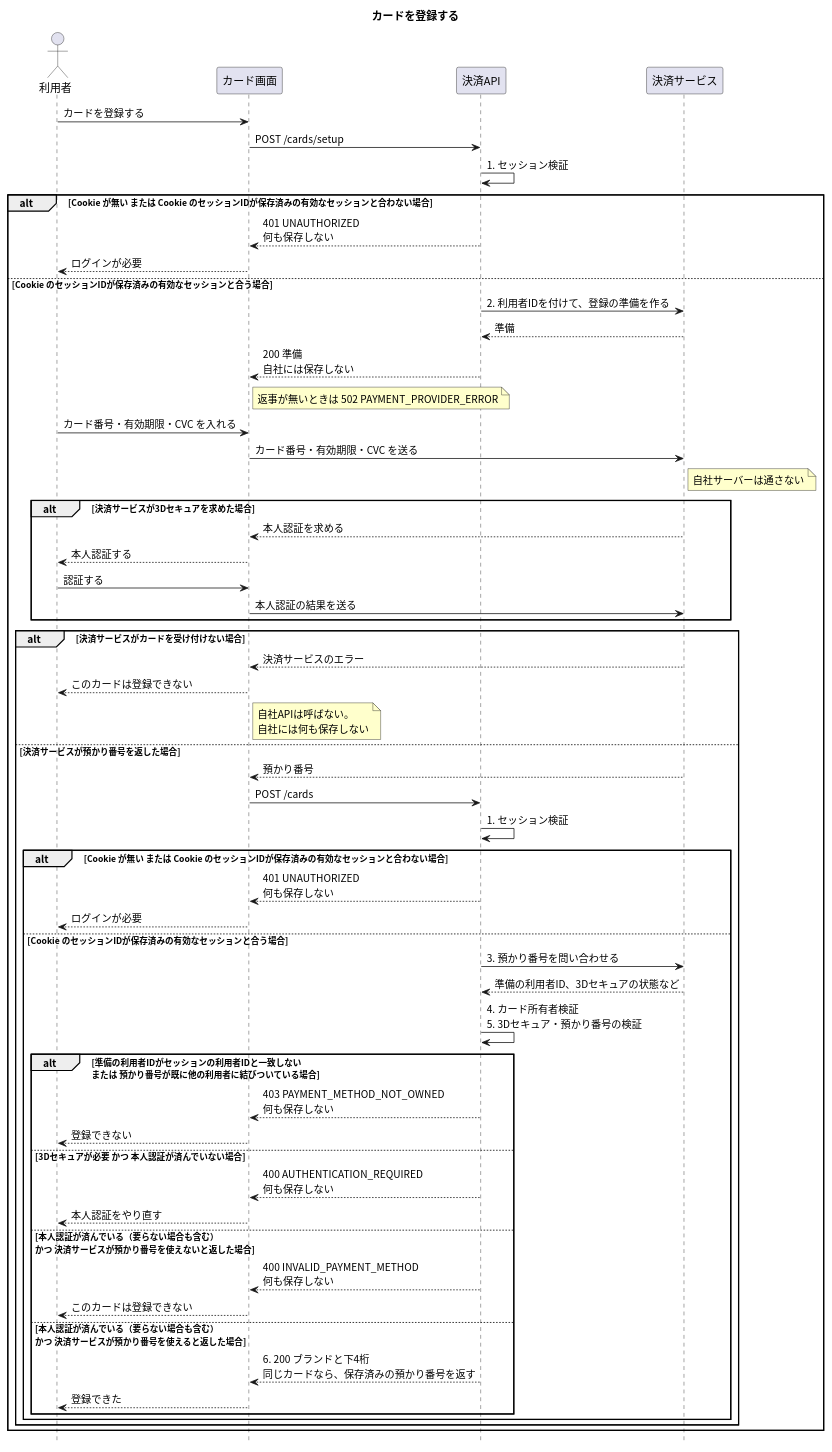
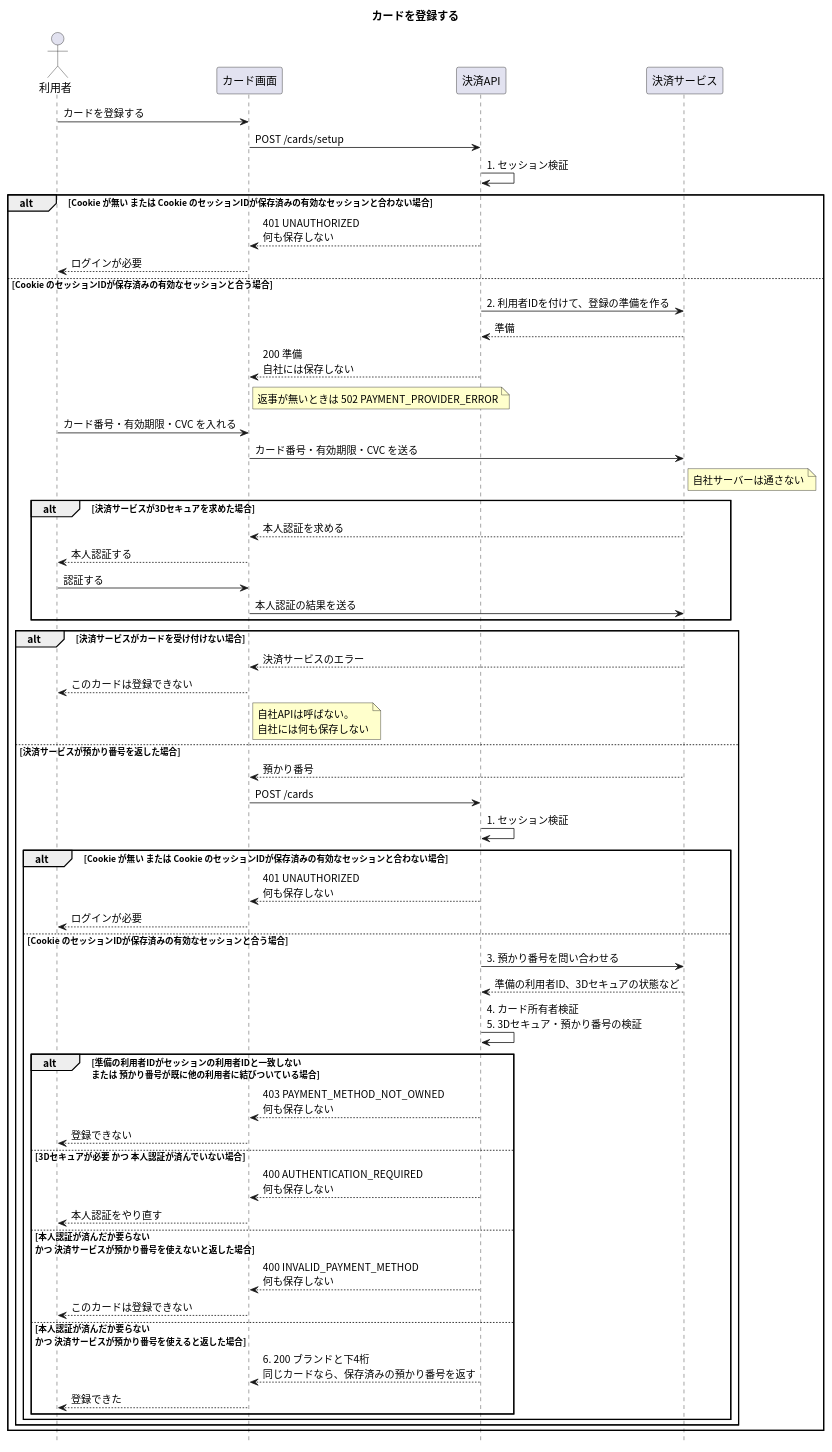
One commit to masamasamasato/design-doc-template changed the diagram in apis/register-card/入口.puml. Above: the diagram before and after it, drawn with PlantUML. The commit also changed 17 other files, not shown here.

```diff
--- a/apis/register-card/入口.puml
+++ b/apis/register-card/入口.puml
@@ -1,66 +1,66 @@
 @startuml
 skinparam shadowing false
 skinparam defaultFontName "Noto Sans CJK JP"
 skinparam SequenceFontName "Noto Sans CJK JP"
 skinparam NoteBackgroundColor #FFFFCC
 hide footbox
 
 title カードを登録する
 
 actor "利用者" as User
 participant "カード画面" as Screen
 participant "決済API" as API
 participant "決済サービス" as PSP
 
 User -> Screen : カードを登録する
 Screen -> API : POST /cards/setup
 API -> API : 1. セッション検証
 alt Cookie が無い または Cookie のセッションIDが保存済みの有効なセッションと合わない場合
   API --> Screen : 401 UNAUTHORIZED\n何も保存しない
   Screen --> User : ログインが必要
 else Cookie のセッションIDが保存済みの有効なセッションと合う場合
   API -> PSP : 2. 利用者IDを付けて、登録の準備を作る
   PSP --> API : 準備
   API --> Screen : 200 準備\n自社には保存しない
   note right of Screen : 返事が無いときは 502 PAYMENT_PROVIDER_ERROR
   User -> Screen : カード番号・有効期限・CVC を入れる
   Screen -> PSP : カード番号・有効期限・CVC を送る
   note right of PSP : 自社サーバーは通さない
   alt 決済サービスが3Dセキュアを求めた場合
     PSP --> Screen : 本人認証を求める
     Screen --> User : 本人認証する
     User -> Screen : 認証する
     Screen -> PSP : 本人認証の結果を送る
   end
   alt 決済サービスがカードを受け付けない場合
     PSP --> Screen : 決済サービスのエラー
     Screen --> User : このカードは登録できない
     note right of Screen : 自社APIは呼ばない。\n自社には何も保存しない
   else 決済サービスが預かり番号を返した場合
     PSP --> Screen : 預かり番号
     Screen -> API : POST /cards
     API -> API : 1. セッション検証
     alt Cookie が無い または Cookie のセッションIDが保存済みの有効なセッションと合わない場合
       API --> Screen : 401 UNAUTHORIZED\n何も保存しない
       Screen --> User : ログインが必要
     else Cookie のセッションIDが保存済みの有効なセッションと合う場合
       API -> PSP : 3. 預かり番号を問い合わせる
       PSP --> API : 準備の利用者ID、3Dセキュアの状態など
       API -> API : 4. カード所有者検証\n5. 3Dセキュア・預かり番号の検証
       alt 準備の利用者IDがセッションの利用者IDと一致しない\nまたは 預かり番号が既に他の利用者に結びついている場合
         API --> Screen : 403 PAYMENT_METHOD_NOT_OWNED\n何も保存しない
         Screen --> User : 登録できない
       else 3Dセキュアが必要 かつ 本人認証が済んでいない場合
         API --> Screen : 400 AUTHENTICATION_REQUIRED\n何も保存しない
         Screen --> User : 本人認証をやり直す
-      else 本人認証が済んでいる（要らない場合も含む）\nかつ 決済サービスが預かり番号を使えないと返した場合
+      else 本人認証が済んだか要らない\nかつ 決済サービスが預かり番号を使えないと返した場合
         API --> Screen : 400 INVALID_PAYMENT_METHOD\n何も保存しない
         Screen --> User : このカードは登録できない
-      else 本人認証が済んでいる（要らない場合も含む）\nかつ 決済サービスが預かり番号を使えると返した場合
+      else 本人認証が済んだか要らない\nかつ 決済サービスが預かり番号を使えると返した場合
         API --> Screen : 6. 200 ブランドと下4桁\n同じカードなら、保存済みの預かり番号を返す
         Screen --> User : 登録できた
       end
     end
   end
 end
 @enduml
```
